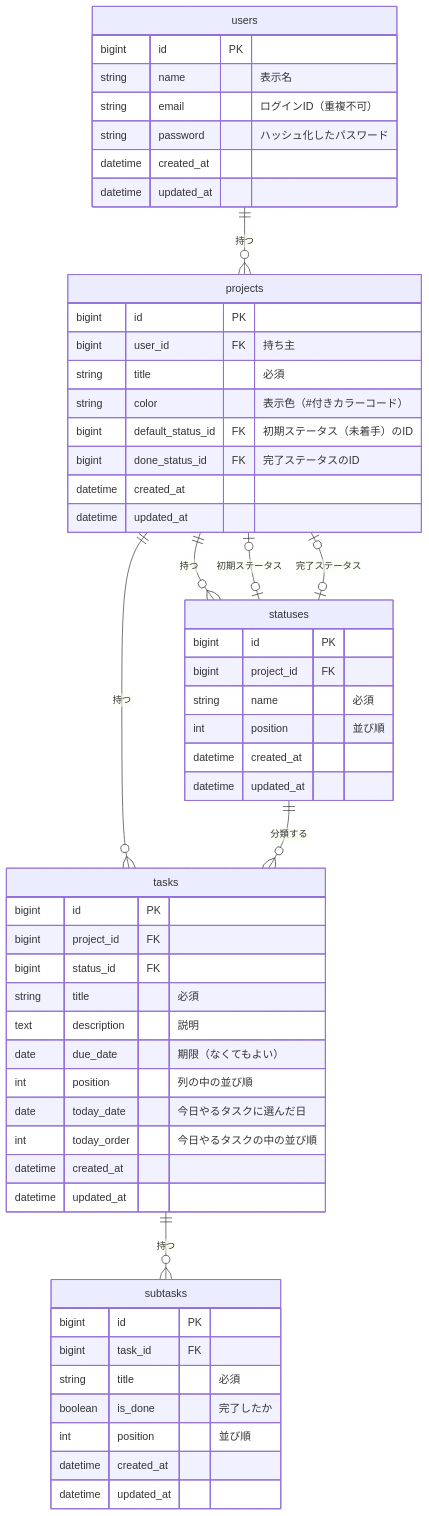
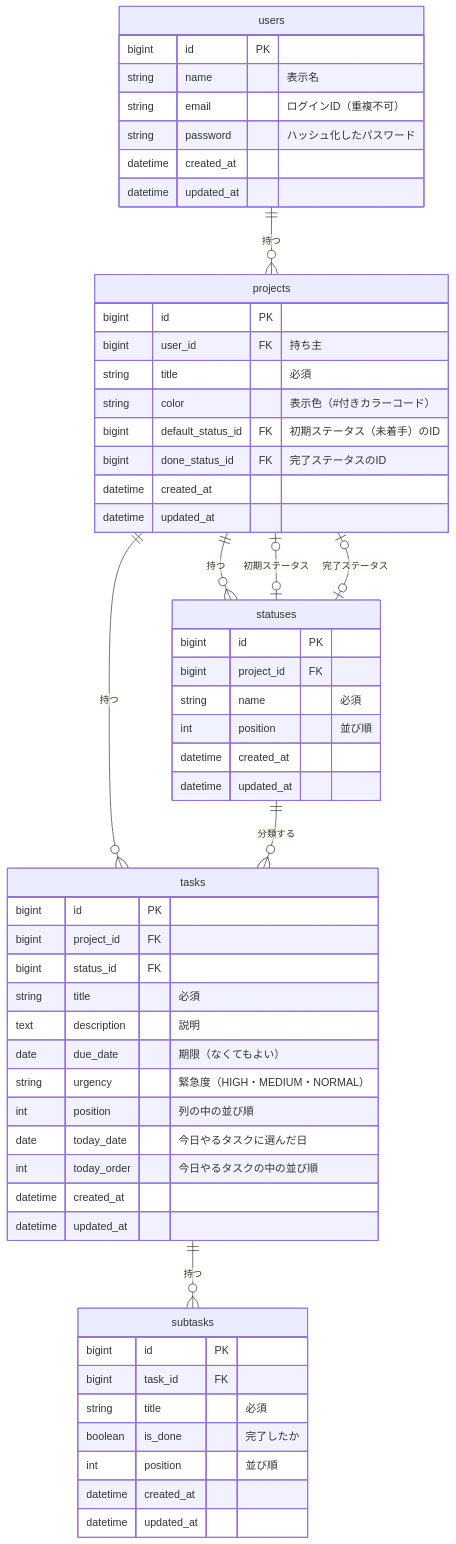
Before and after one commit to tonakaya77/TaskBoard: the diagram in docs/database.md, drawn with Mermaid. The commit also changed other lines of this file, not shown here.

````diff
--- a/docs/database.md
+++ b/docs/database.md
@@ -7,59 +7,60 @@
 ```mermaid
 erDiagram
     users ||--o{ projects : "持つ"
     projects ||--o{ statuses : "持つ"
     projects |o--o| statuses : "初期ステータス"
     projects |o--o| statuses : "完了ステータス"
     projects ||--o{ tasks : "持つ"
     statuses ||--o{ tasks : "分類する"
     tasks ||--o{ subtasks : "持つ"
 
     users {
         bigint id PK
         string name "表示名"
         string email "ログインID（重複不可）"
         string password "ハッシュ化したパスワード"
         datetime created_at
         datetime updated_at
     }
     projects {
         bigint id PK
         bigint user_id FK "持ち主"
         string title "必須"
         string color "表示色（#付きカラーコード）"
         bigint default_status_id FK "初期ステータス（未着手）のID"
         bigint done_status_id FK "完了ステータスのID"
         datetime created_at
         datetime updated_at
     }
     statuses {
         bigint id PK
         bigint project_id FK
         string name "必須"
         int position "並び順"
         datetime created_at
         datetime updated_at
     }
     tasks {
         bigint id PK
         bigint project_id FK
         bigint status_id FK
         string title "必須"
         text description "説明"
         date due_date "期限（なくてもよい）"
+        string urgency "緊急度（HIGH・MEDIUM・NORMAL）"
         int position "列の中の並び順"
         date today_date "今日やるタスクに選んだ日"
         int today_order "今日やるタスクの中の並び順"
         datetime created_at
         datetime updated_at
     }
     subtasks {
         bigint id PK
         bigint task_id FK
         string title "必須"
         boolean is_done "完了したか"
         int position "並び順"
         datetime created_at
         datetime updated_at
     }
 ```
````
